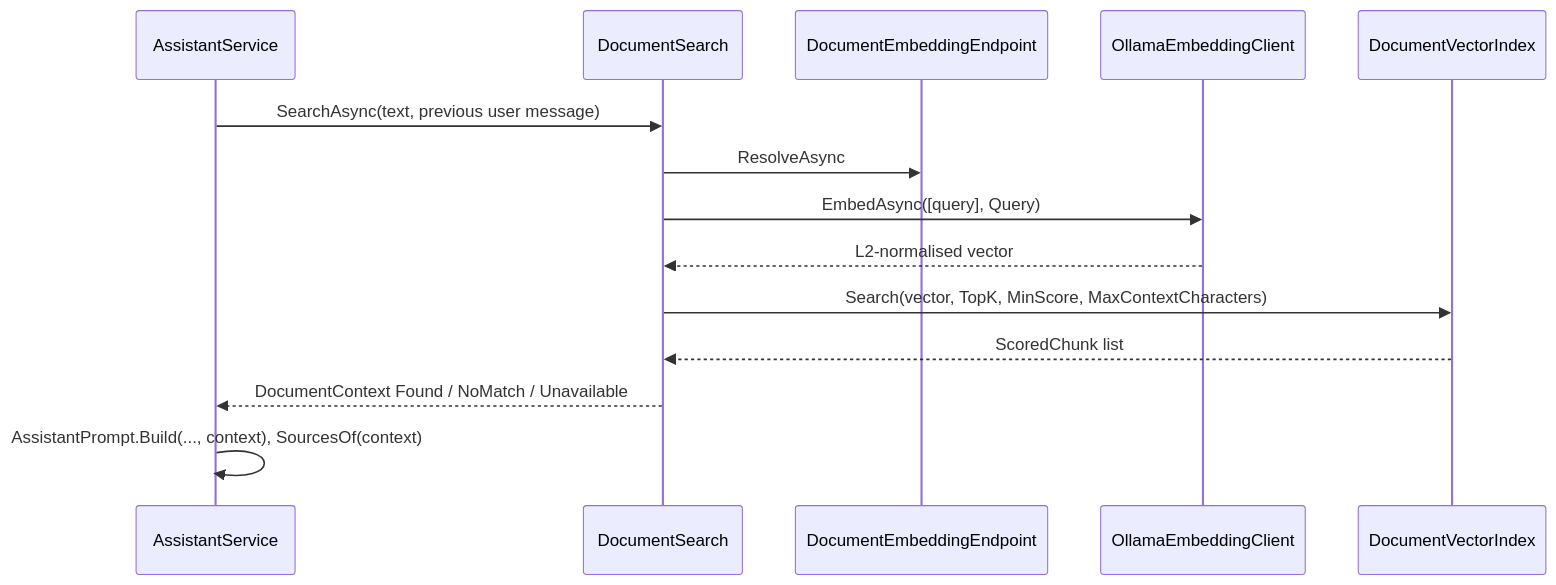
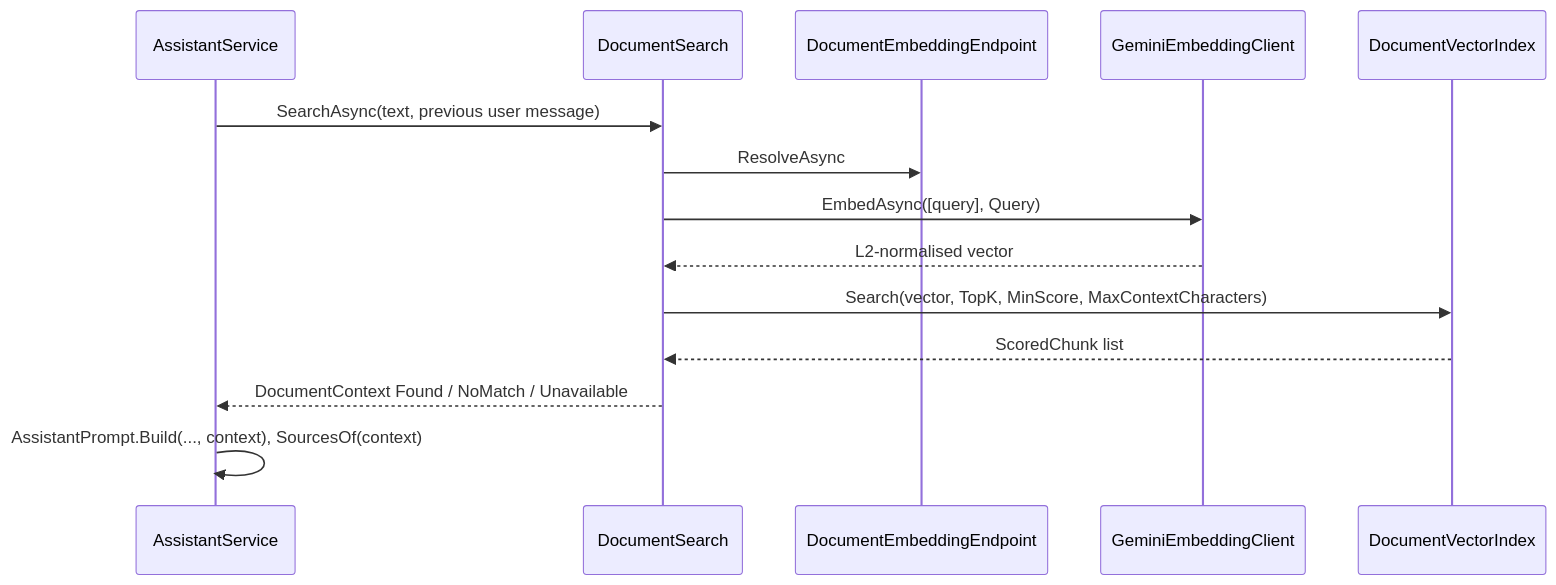
One commit to jojogeorge3344/TaskFlow-Project changed the eighth of 14 diagrams in TF - Documents/TF - LLD/08-TFA-Assistant/08.1-Assistant/LLD-Assistant.md. Above: the diagram before and after it, drawn with Mermaid. The commit also changed other lines of this file and 65 other files, not shown here.

First line of the commit message:
feat(tfa): make Google Gemini the default chat provider and document embedding engine

````diff
--- a/TF - Documents/TF - LLD/08-TFA-Assistant/08.1-Assistant/LLD-Assistant.md
+++ b/TF - Documents/TF - LLD/08-TFA-Assistant/08.1-Assistant/LLD-Assistant.md
@@ -837,16 +844,16 @@
 ```mermaid
 sequenceDiagram
   participant S as AssistantService
   participant D as DocumentSearch
   participant P as DocumentEmbeddingEndpoint
-  participant E as OllamaEmbeddingClient
+  participant E as GeminiEmbeddingClient
   participant V as DocumentVectorIndex
   S->>D: SearchAsync(text, previous user message)
   D->>P: ResolveAsync
   D->>E: EmbedAsync([query], Query)
   E-->>D: L2-normalised vector
   D->>V: Search(vector, TopK, MinScore, MaxContextCharacters)
   V-->>D: ScoredChunk list
   D-->>S: DocumentContext Found / NoMatch / Unavailable
   S->>S: AssistantPrompt.Build(..., context), SourcesOf(context)
 ```
````
